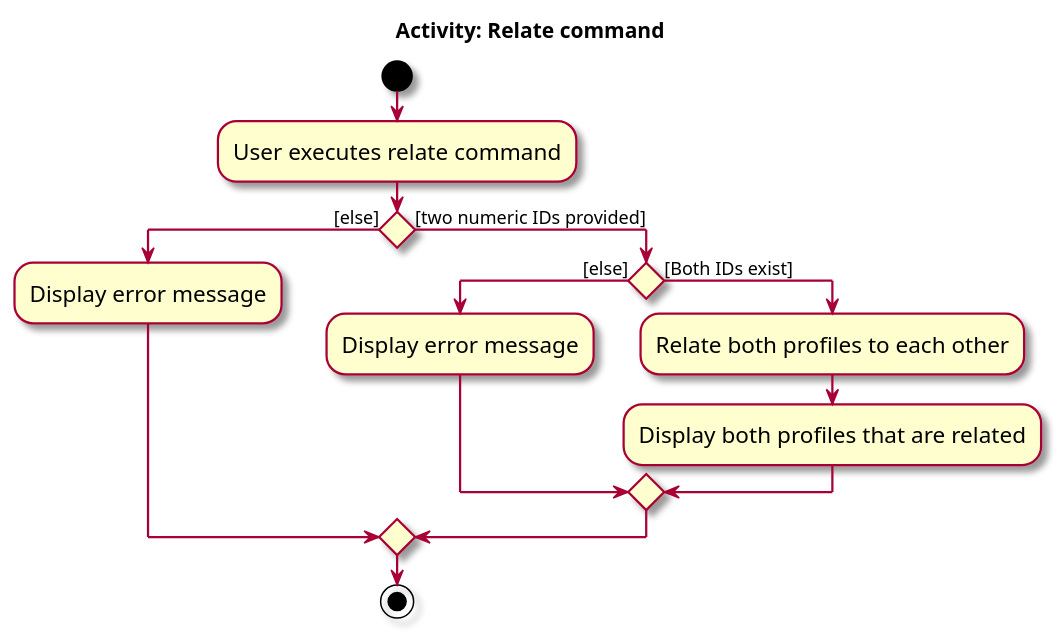
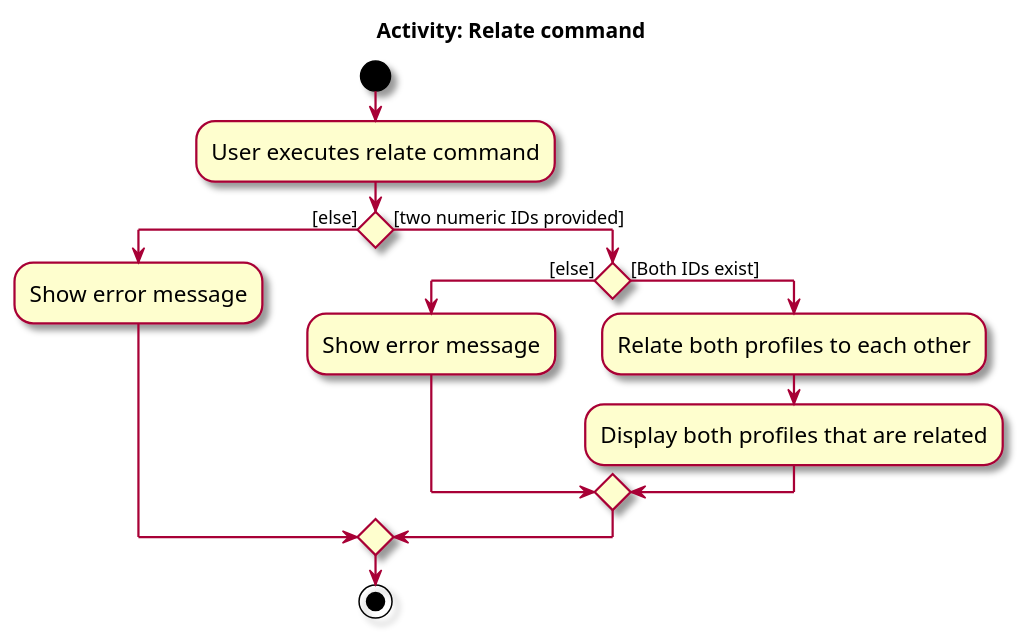
Before and after one commit to tanjieling0/tp: the diagram in docs/diagrams/RelateActivityDiagram.puml, drawn with PlantUML. The commit also changed 3 other files, not shown here.

```diff
--- a/docs/diagrams/RelateActivityDiagram.puml
+++ b/docs/diagrams/RelateActivityDiagram.puml
@@ -1,22 +1,22 @@
 @startuml
 skin rose
 skinparam ActivityFontSize 15
 skinparam ArrowFontSize 12
 
 
 title Activity: Relate command
 start
 :User executes relate command;
 
 if () then ([else])
-    :Display error message;
+    :Show error message;
 else ([two numeric IDs provided])
     if () then ([else])
-        :Display error message;
+        :Show error message;
     else ([Both IDs exist])
         :Relate both profiles to each other;
         :Display both profiles that are related;
     endif
 endif
 stop
 @enduml
```
